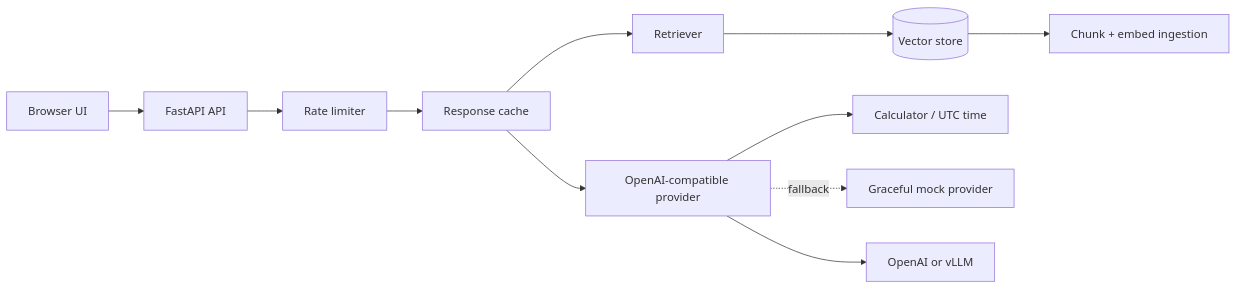
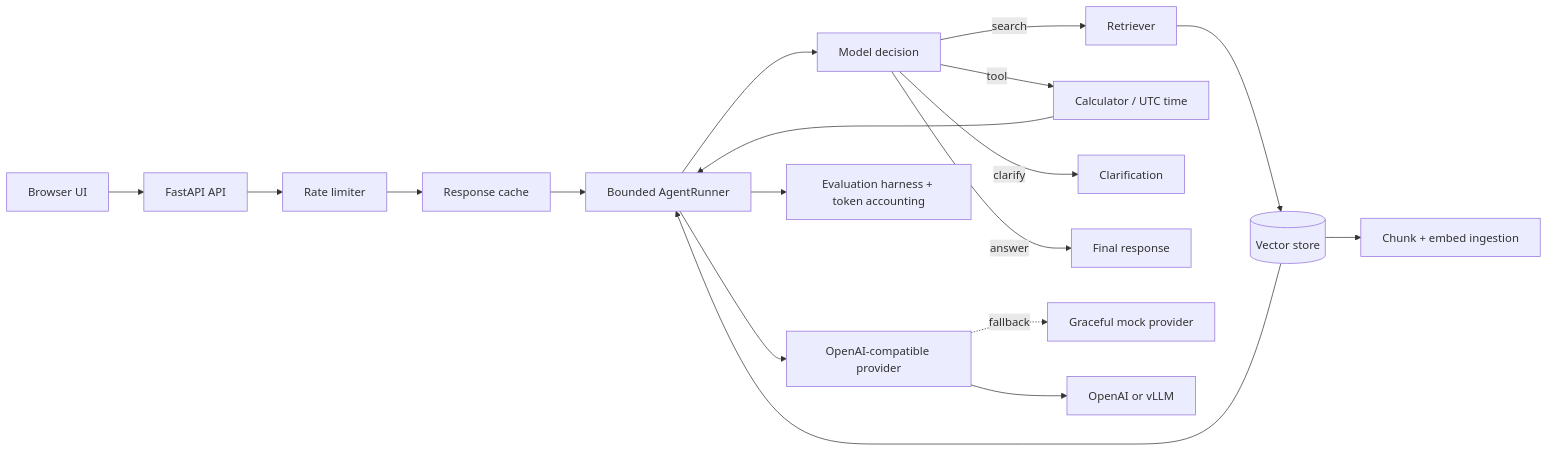
One commit to hackerkritam/-W15-Assignment-Engineering-AI-Systems changed the diagram in README.md. Above: the diagram before and after it, drawn with Mermaid. The commit also changed other lines of this file and 12 other files, not shown here.

````diff
--- a/README.md
+++ b/README.md
@@ -34,13 +58,20 @@
 ```mermaid
 flowchart LR
   UI[Browser UI] --> API[FastAPI API]
   API --> RL[Rate limiter]
   RL --> CACHE[Response cache]
-  CACHE --> RET[Retriever]
+  CACHE --> AGENT[Bounded AgentRunner]
+  AGENT --> DECIDE[Model decision]
+  DECIDE -->|search| RET[Retriever]
   RET --> VDB[(Vector store)]
-  CACHE --> LLM[OpenAI-compatible provider]
-  LLM --> TOOLS[Calculator / UTC time]
+  DECIDE -->|tool| TOOLS[Calculator / UTC time]
+  DECIDE -->|clarify| CLARIFY[Clarification]
+  DECIDE -->|answer| OUT[Final response]
+  VDB --> AGENT
+  TOOLS --> AGENT
+  AGENT --> LLM[OpenAI-compatible provider]
   LLM -. fallback .-> MOCK[Graceful mock provider]
   VDB --> ING[Chunk + embed ingestion]
   LLM --> HOST[OpenAI or vLLM]
+  AGENT --> EVAL[Evaluation harness + token accounting]
 ```
````
